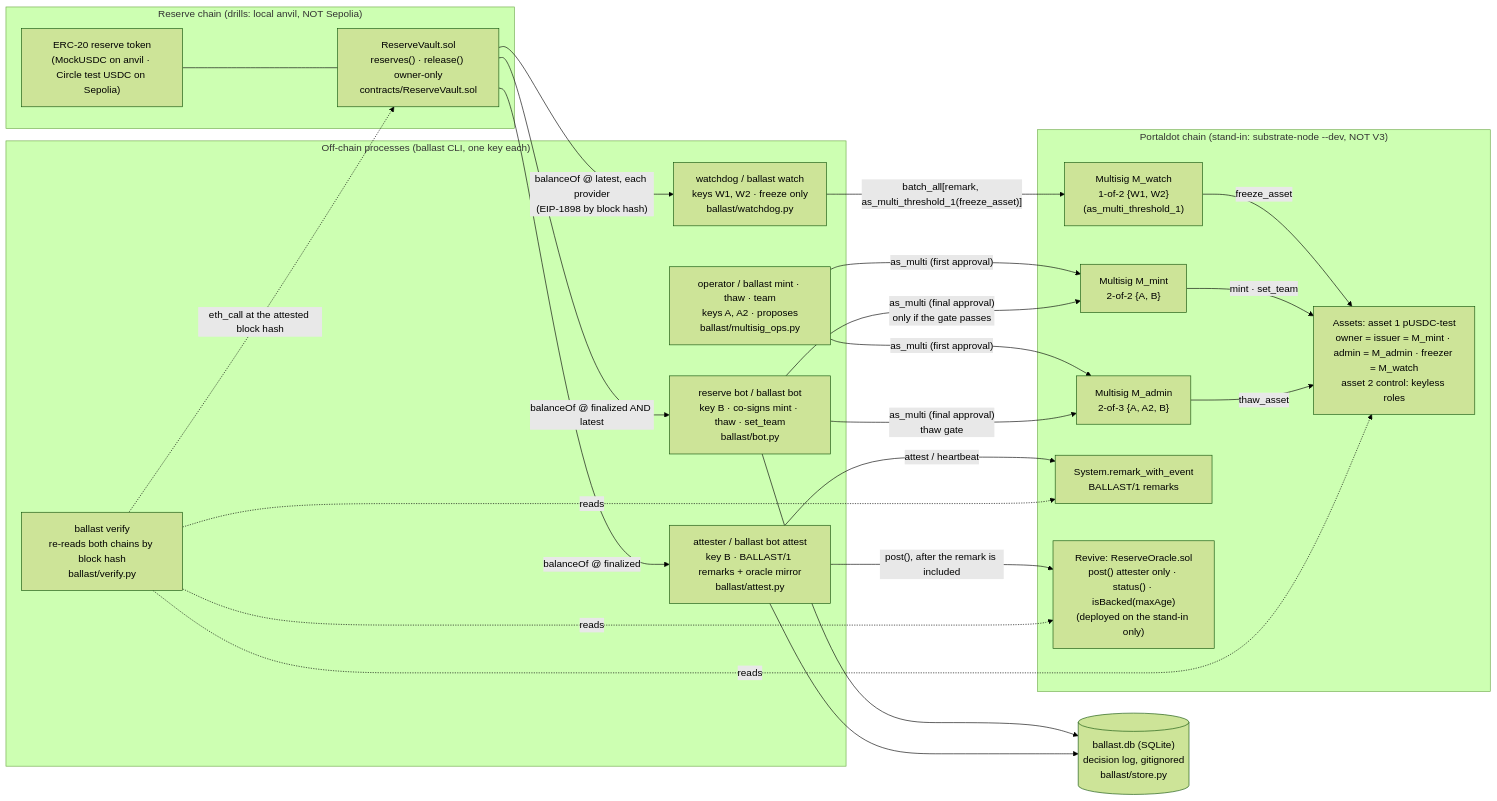
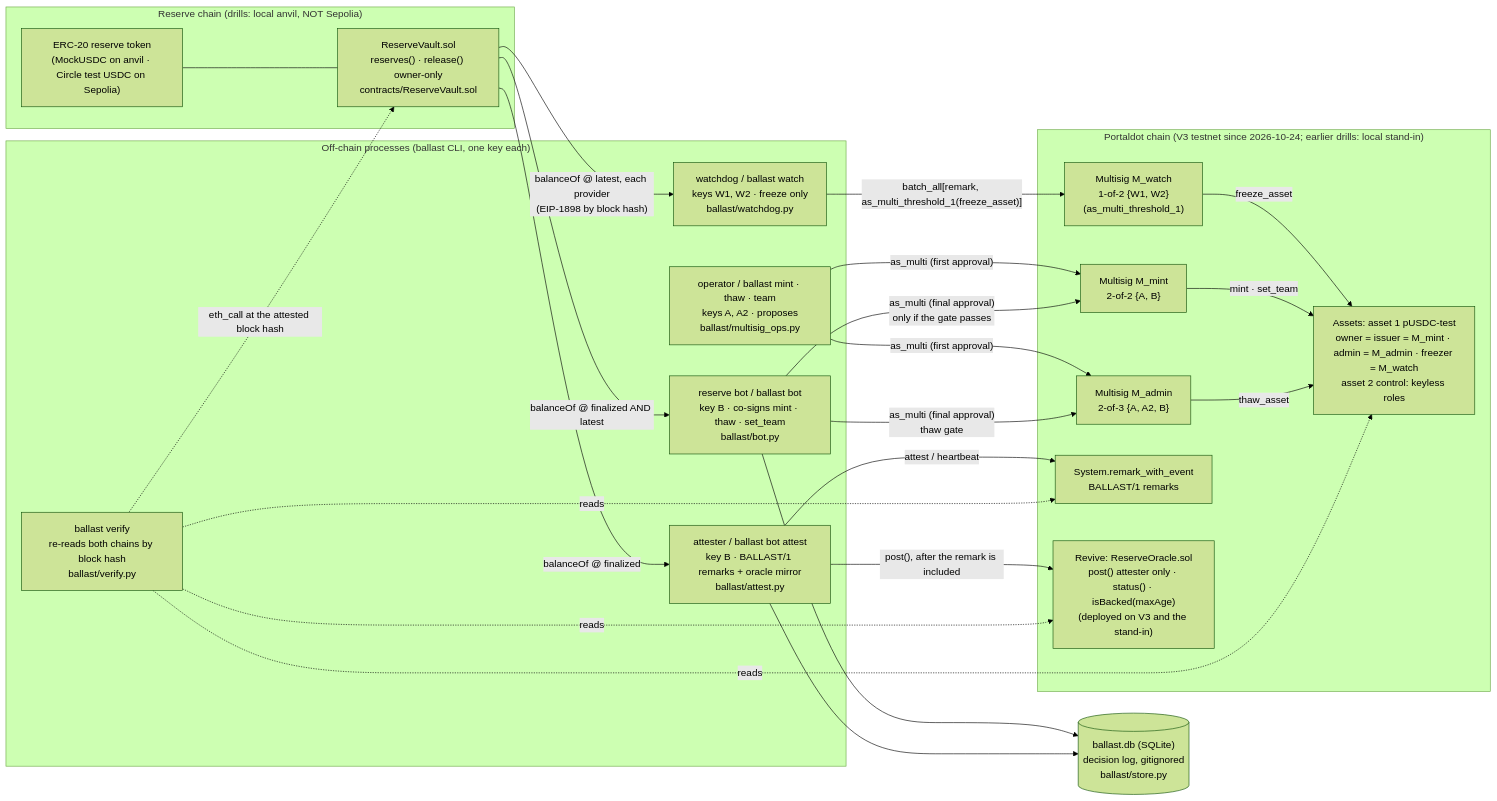
Before and after one commit to edycutjong/portaldot-hackathon-2026-ballast-edycu: the diagram in ARCHITECTURE.md, drawn with Mermaid (forest theme). The commit also changed other lines of this file and 2 other files, not shown here.

Commit message:
ARCHITECTURE: the Portaldot chain box and ReserveOracle now name V3 (role split, role drill, attest drill ran there 2026-10-24); reserve stays local anvil, NOT Sepolia

````diff
--- a/ARCHITECTURE.md
+++ b/ARCHITECTURE.md
@@ -22,47 +24,47 @@
 ```mermaid
 flowchart LR
   subgraph RES["Reserve chain (drills: local anvil, NOT Sepolia)"]
     TOKEN["ERC-20 reserve token<br/>(MockUSDC on anvil · Circle test USDC on Sepolia)"]
     VAULT["ReserveVault.sol<br/>reserves() · release() owner-only<br/>contracts/ReserveVault.sol"]
     TOKEN --- VAULT
   end
 
   subgraph PROC["Off-chain processes (ballast CLI, one key each)"]
     WD["watchdog / ballast watch<br/>keys W1, W2 · freeze only<br/>ballast/watchdog.py"]
     BOT["reserve bot / ballast bot<br/>key B · co-signs mint · thaw · set_team<br/>ballast/bot.py"]
     ATT["attester / ballast bot attest<br/>key B · BALLAST/1 remarks + oracle mirror<br/>ballast/attest.py"]
     OP["operator / ballast mint · thaw · team<br/>keys A, A2 · proposes<br/>ballast/multisig_ops.py"]
     VER["ballast verify<br/>re-reads both chains by block hash<br/>ballast/verify.py"]
   end
 
-  subgraph PD["Portaldot chain (stand-in: substrate-node --dev, NOT V3)"]
+  subgraph PD["Portaldot chain (V3 testnet since 2026-10-24; earlier drills: local stand-in)"]
     ASSET["Assets: asset 1 pUSDC-test<br/>owner = issuer = M_mint · admin = M_admin · freezer = M_watch<br/>asset 2 control: keyless roles"]
     MMINT["Multisig M_mint<br/>2-of-2 {A, B}"]
     MADMIN["Multisig M_admin<br/>2-of-3 {A, A2, B}"]
     MWATCH["Multisig M_watch<br/>1-of-2 {W1, W2}<br/>(as_multi_threshold_1)"]
     REMARK["System.remark_with_event<br/>BALLAST/1 remarks"]
-    ORACLE["Revive: ReserveOracle.sol<br/>post() attester only · status() · isBacked(maxAge)<br/>(deployed on the stand-in only)"]
+    ORACLE["Revive: ReserveOracle.sol<br/>post() attester only · status() · isBacked(maxAge)<br/>(deployed on V3 and the stand-in)"]
   end
 
   SQL[("ballast.db (SQLite)<br/>decision log, gitignored<br/>ballast/store.py")]
 
   VAULT -- "balanceOf @ latest, each provider<br/>(EIP-1898 by block hash)" --> WD
   VAULT -- "balanceOf @ finalized AND latest" --> BOT
   VAULT -- "balanceOf @ finalized" --> ATT
   WD -- "batch_all[remark, as_multi_threshold_1(freeze_asset)]" --> MWATCH
   MWATCH -- "freeze_asset" --> ASSET
   OP -- "as_multi (first approval)" --> MMINT
   OP -- "as_multi (first approval)" --> MADMIN
   BOT -- "as_multi (final approval)<br/>only if the gate passes" --> MMINT
   BOT -- "as_multi (final approval)<br/>thaw gate" --> MADMIN
   MMINT -- "mint · set_team" --> ASSET
   MADMIN -- "thaw_asset" --> ASSET
   ATT -- "attest / heartbeat" --> REMARK
   ATT -- "post(), after the remark is included" --> ORACLE
   BOT --> SQL
   ATT --> SQL
   VER -. reads .-> ASSET
   VER -. reads .-> REMARK
   VER -. reads .-> ORACLE
   VER -. "eth_call at the attested block hash" .-> VAULT
 ```
````
